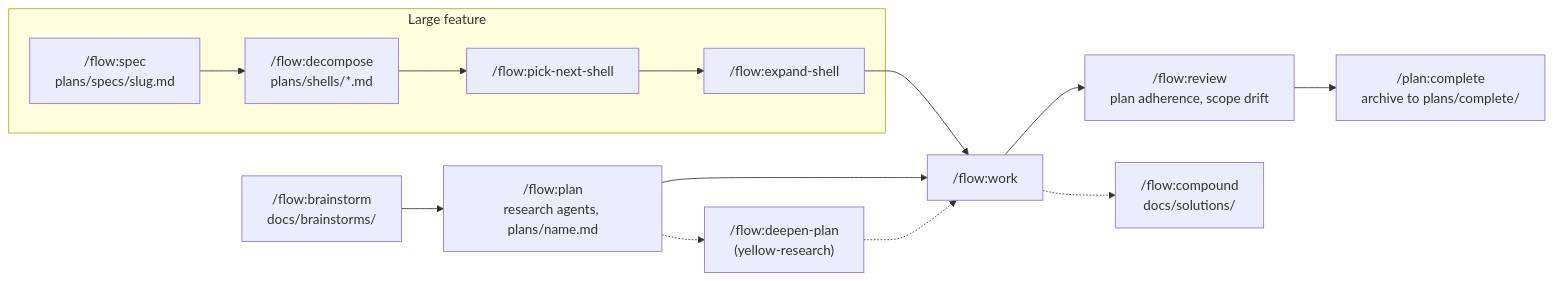
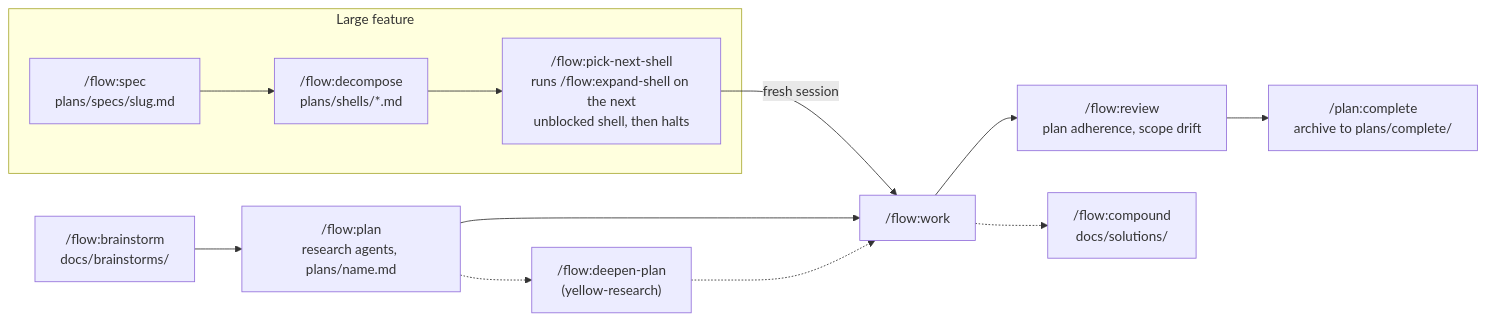
The fourth of 8 diagrams in docs/workflow-diagrams.md (KingInYellows/yellow-plugins), drawn with Mermaid before and after one commit. The commit also changed other lines of this file and 1 other file, not shown here.

First line of the commit message:
docs: correct provider, select, shell and release diagram details

````diff
--- a/docs/workflow-diagrams.md
+++ b/docs/workflow-diagrams.md
@@ -118,17 +127,16 @@
 ```mermaid
 flowchart LR
   subgraph large [Large feature]
     Spec["/flow:spec<br/>plans/specs/slug.md"] --> Decompose["/flow:decompose<br/>plans/shells/*.md"]
-    Decompose --> Pick["/flow:pick-next-shell"]
-    Pick --> Expand["/flow:expand-shell"]
+    Decompose --> Pick["/flow:pick-next-shell<br/>runs /flow:expand-shell on the next<br/>unblocked shell, then halts"]
   end
   Brainstorm["/flow:brainstorm<br/>docs/brainstorms/"] --> Plan
   Plan["/flow:plan<br/>research agents, plans/name.md"]
   Plan -.-> Deepen["/flow:deepen-plan<br/>(yellow-research)"]
-  Expand --> Work
+  Pick -->|fresh session| Work
   Plan --> Work
   Deepen -.-> Work
   Work["/flow:work"] --> FReview["/flow:review<br/>plan adherence, scope drift"]
   FReview --> Complete["/plan:complete<br/>archive to plans/complete/"]
   Work -.-> Compound["/flow:compound<br/>docs/solutions/"]
 ```
````
